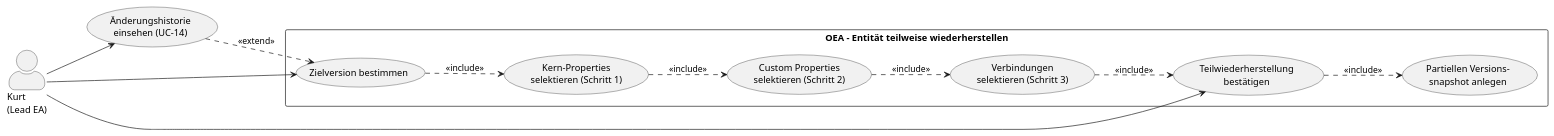
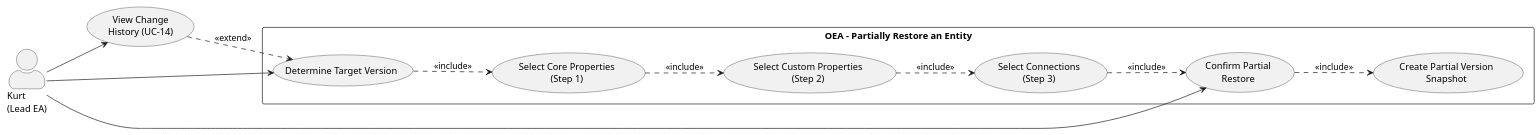
One commit to open-enterprise-architecture/OEA changed the diagram in requirements/use-cases/UC-16-partial-entity-restore.md. Above: the diagram before and after it, drawn with PlantUML. The commit also changed other lines of this file and 630 other files, not shown here.

````diff
--- a/requirements/use-cases/UC-16-partial-entity-restore.md
+++ b/requirements/use-cases/UC-16-partial-entity-restore.md
@@ -32,30 +32,30 @@
 ```plantuml
 @startuml UC-16-PartialRestore
 left to right direction
 skinparam actorStyle awesome
 
 actor "Kurt\n(Lead EA)" as Kurt
 
-usecase "Änderungshistorie\neinsehen (UC-14)" as UC_History
+usecase "View Change\nHistory (UC-14)" as UC_History
 
-rectangle "OEA – Entität teilweise wiederherstellen" {
-  usecase "Zielversion bestimmen" as UC_Version
-  usecase "Kern-Properties\nselektieren (Schritt 1)" as UC_Step1
-  usecase "Custom Properties\nselektieren (Schritt 2)" as UC_Step2
-  usecase "Verbindungen\nselektieren (Schritt 3)" as UC_Step3
-  usecase "Teilwiederherstellung\nbestätigen" as UC_Confirm
-  usecase "Partiellen Versions-\nsnapshot anlegen" as UC_Snapshot
+rectangle "OEA – Partially Restore an Entity" {
+  usecase "Determine Target Version" as UC_Version
+  usecase "Select Core Properties\n(Step 1)" as UC_Step1
+  usecase "Select Custom Properties\n(Step 2)" as UC_Step2
+  usecase "Select Connections\n(Step 3)" as UC_Step3
+  usecase "Confirm Partial\nRestore" as UC_Confirm
+  usecase "Create Partial Version\nSnapshot" as UC_Snapshot
 }
 
 Kurt --> UC_History
 Kurt --> UC_Version
 Kurt --> UC_Confirm
 
 UC_History ..> UC_Version : <<extend>>
 UC_Version ..> UC_Step1 : <<include>>
 UC_Step1 ..> UC_Step2 : <<include>>
 UC_Step2 ..> UC_Step3 : <<include>>
 UC_Step3 ..> UC_Confirm : <<include>>
 UC_Confirm ..> UC_Snapshot : <<include>>
 @enduml
 ```
````
